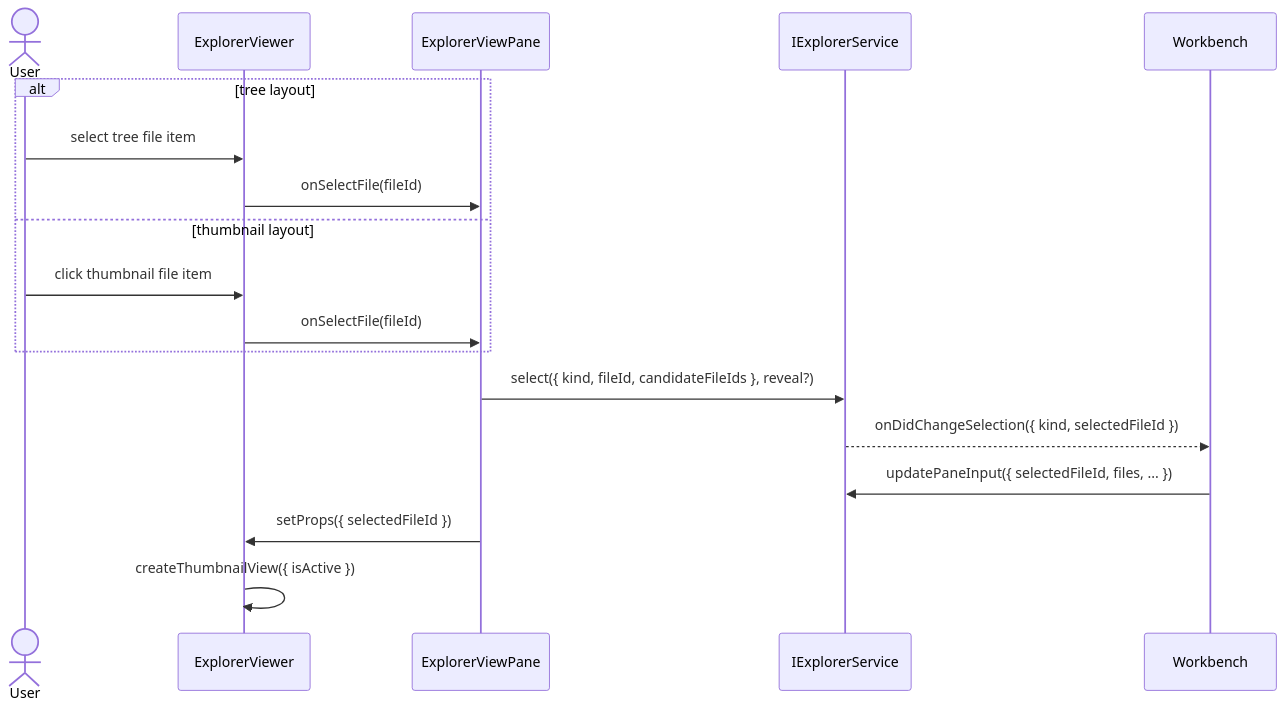
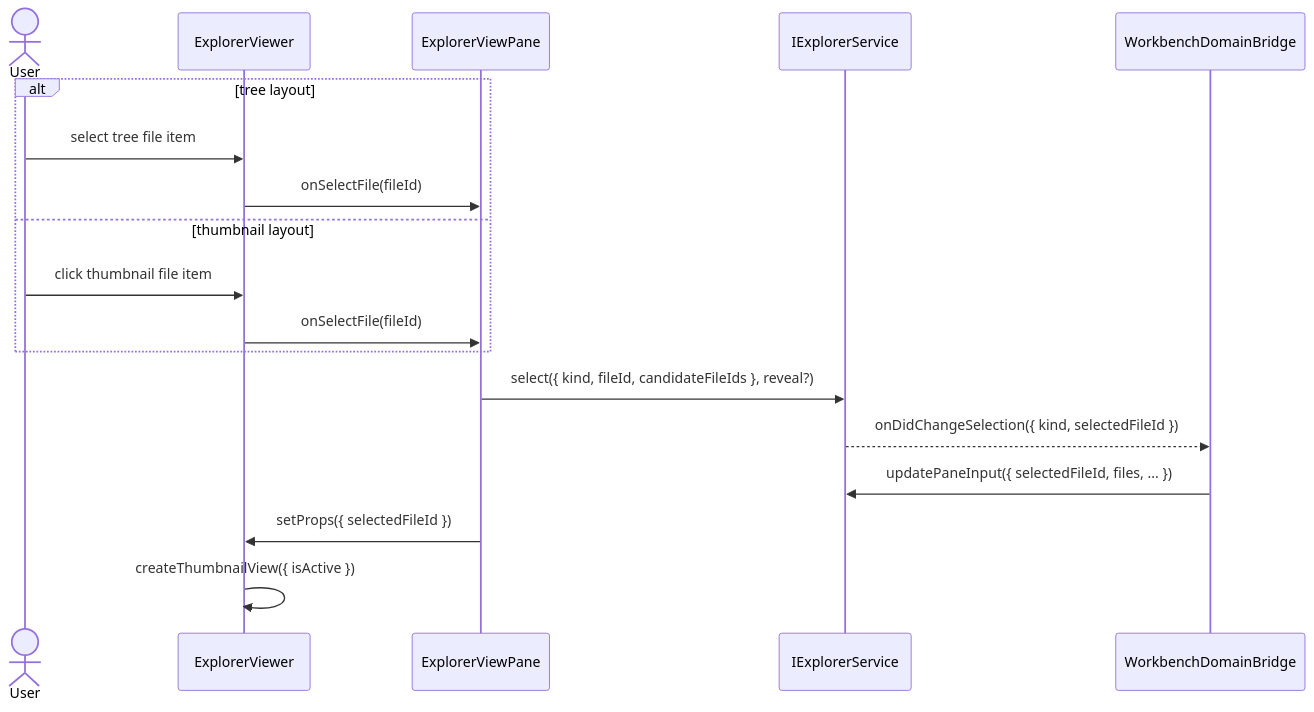
The third of 6 diagrams in .github/instructions/thumbnail.instructions.md (chogng/conductor), drawn with Mermaid before and after one commit. The commit also changed 34 other files, not shown here.

````diff
--- a/.github/instructions/thumbnail.instructions.md
+++ b/.github/instructions/thumbnail.instructions.md
@@ -119,21 +119,21 @@
 ```mermaid
 sequenceDiagram
     actor User
     participant ExplorerViewer
     participant ExplorerViewPane
     participant ExplorerService as IExplorerService
-    participant Workbench
+    participant DomainBridge as WorkbenchDomainBridge
 
     alt tree layout
         User->>ExplorerViewer: select tree file item
         ExplorerViewer->>ExplorerViewPane: onSelectFile(fileId)
     else thumbnail layout
         User->>ExplorerViewer: click thumbnail file item
         ExplorerViewer->>ExplorerViewPane: onSelectFile(fileId)
     end
     ExplorerViewPane->>ExplorerService: select({ kind, fileId, candidateFileIds }, reveal?)
-    ExplorerService-->>Workbench: onDidChangeSelection({ kind, selectedFileId })
-    Workbench->>ExplorerService: updatePaneInput({ selectedFileId, files, ... })
+    ExplorerService-->>DomainBridge: onDidChangeSelection({ kind, selectedFileId })
+    DomainBridge->>ExplorerService: updatePaneInput({ selectedFileId, files, ... })
     ExplorerViewPane->>ExplorerViewer: setProps({ selectedFileId })
     ExplorerViewer->>ExplorerViewer: createThumbnailView({ isActive })
 ```
````
